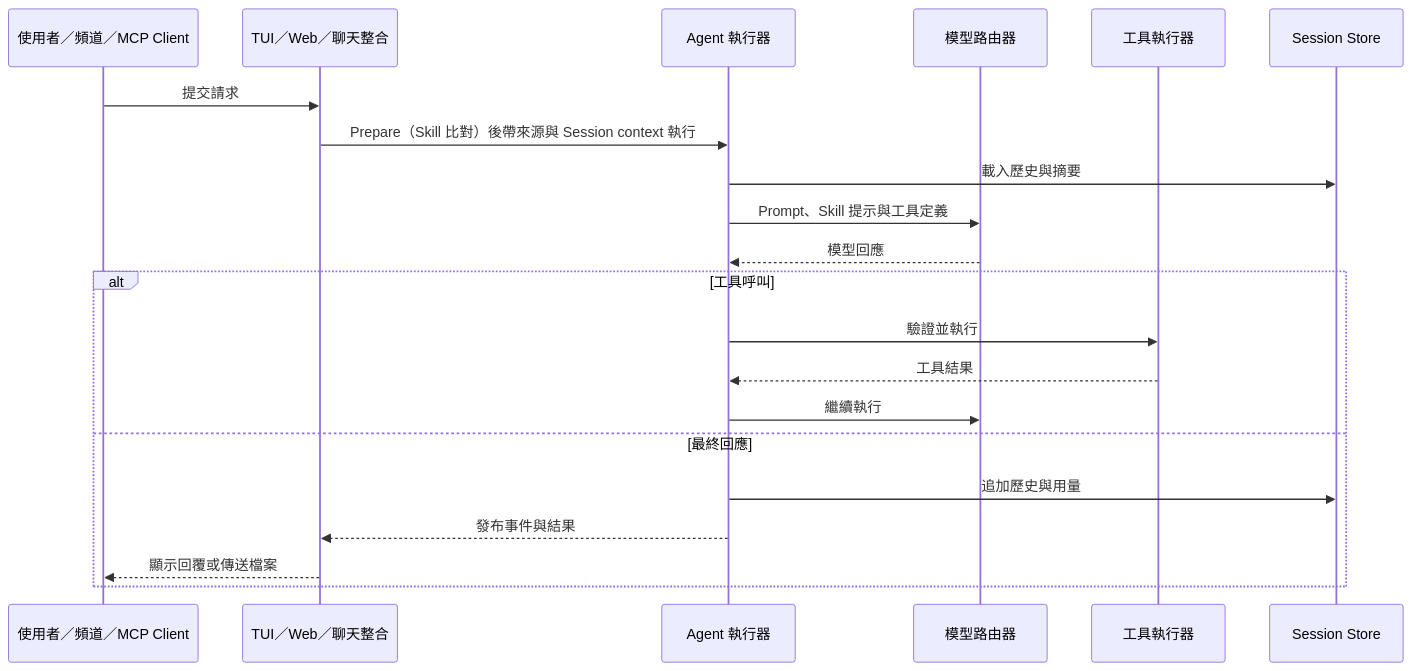
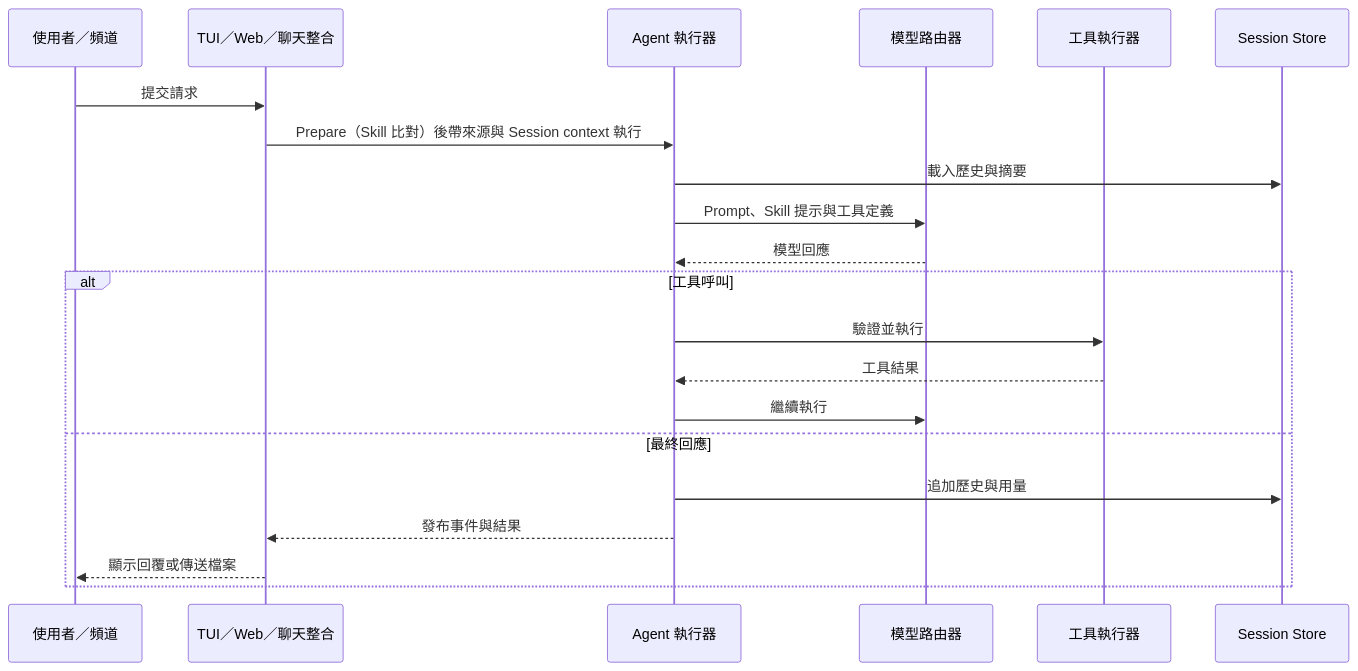
One commit to agenvoy/Agenvoy changed the eighth of 9 diagrams in doc/architecture.zh.md. Above: the diagram before and after it, drawn with Mermaid. The commit also changed other lines of this file and 3 other files, not shown here.

Commit message:
doc: Update architecture and runtime documentation

````diff
--- a/doc/architecture.zh.md
+++ b/doc/architecture.zh.md
@@ -154,24 +158,24 @@
 ```mermaid
 sequenceDiagram
-    participant User as 使用者／頻道／MCP Client
+    participant User as 使用者／頻道
     participant Entry as TUI／Web／聊天整合
     participant Exec as Agent 執行器
     participant Router as 模型路由器
     participant Tools as 工具執行器
     participant Store as Session Store
 
     User->>Entry: 提交請求
     Entry->>Exec: Prepare（Skill 比對）後帶來源與 Session context 執行
     Exec->>Store: 載入歷史與摘要
     Exec->>Router: Prompt、Skill 提示與工具定義
     Router-->>Exec: 模型回應
     alt 工具呼叫
         Exec->>Tools: 驗證並執行
         Tools-->>Exec: 工具結果
         Exec->>Router: 繼續執行
     else 最終回應
         Exec->>Store: 追加歷史與用量
         Exec-->>Entry: 發布事件與結果
         Entry-->>User: 顯示回覆或傳送檔案
     end
 ```
````
